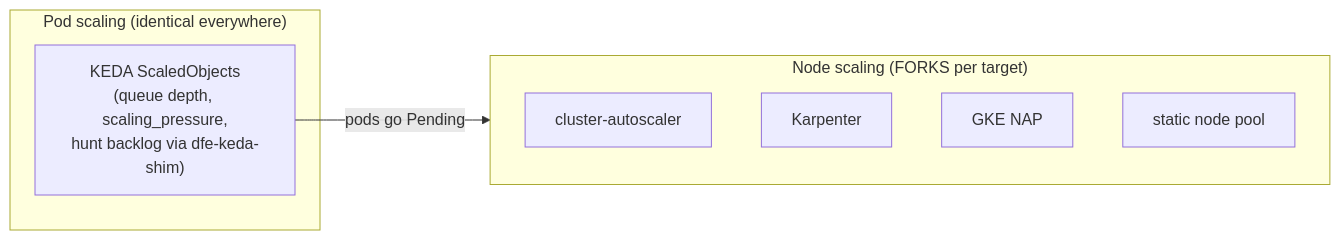
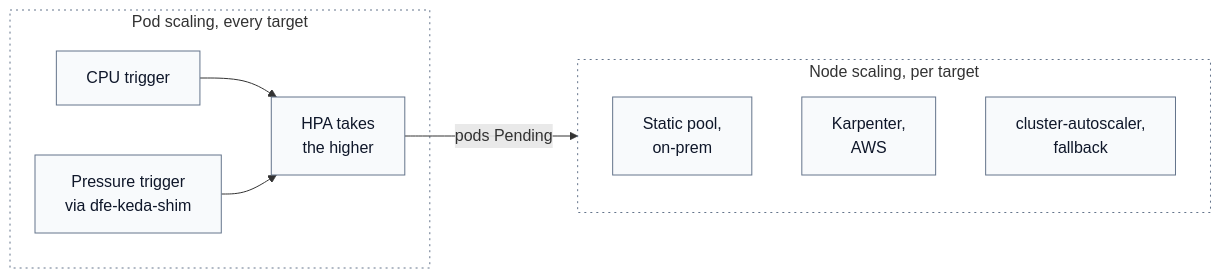
One commit to hyperi-io/dfe-infra changed the diagram in docs/autoscaling.md. Above: the diagram before and after it, drawn with Mermaid. The commit also changed other lines of this file and 63 other files, not shown here.

````diff
--- a/docs/autoscaling.md
+++ b/docs/autoscaling.md
@@ -5,13 +5,25 @@
 ```mermaid
 flowchart LR
-    subgraph pods["Pod scaling (identical everywhere)"]
-        KEDA["KEDA ScaledObjects\n(queue depth, scaling_pressure,\nhunt backlog via dfe-keda-shim)"]
+    accTitle: L4 Detail -- Autoscaling layers
+    accDescr: On every target the HPA KEDA drives reads a CPU trigger and a pressure trigger through dfe-keda-shim and takes the higher. Pods it cannot place go Pending, and the node layer adds nodes with a static pool on-prem, Karpenter on AWS or cluster-autoscaler as the portable fallback.
+
+    subgraph pods["Pod scaling, every target"]
+        cpu["CPU trigger"]
+        shim["Pressure trigger<br/>via dfe-keda-shim"]
+        hpa["HPA takes<br/>the higher"]
     end
-    subgraph nodes["Node scaling (FORKS per target)"]
-        CA["cluster-autoscaler"]
-        KARP["Karpenter"]
-        NAP["GKE NAP"]
-        STATIC["static node pool"]
+
+    subgraph nodes["Node scaling, per target"]
+        static["Static pool,<br/>on-prem"]
+        karpenter["Karpenter,<br/>AWS"]
+        ca["cluster-autoscaler,<br/>fallback"]
     end
-    KEDA -->|"pods go Pending"| nodes
+
+    cpu --> hpa
+    shim --> hpa
+    hpa -->|pods Pending| nodes
+
+    classDef default fill:#F8FAFC,stroke:#64748B,stroke-width:1px,color:#0F172A
+    classDef group fill:none,stroke:#64748B,stroke-width:1px,stroke-dasharray:2 4
+    class pods,nodes group
 ```
````
